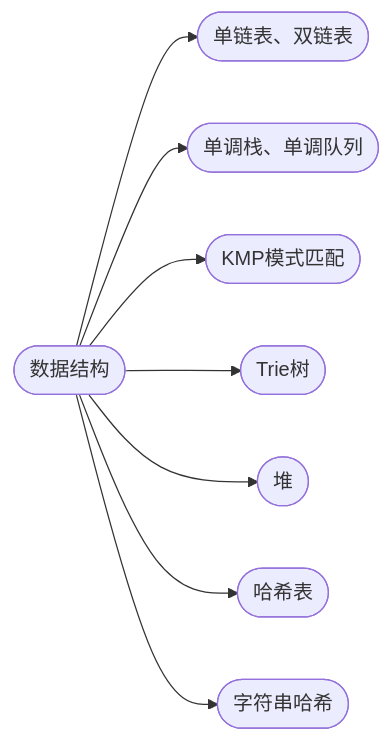
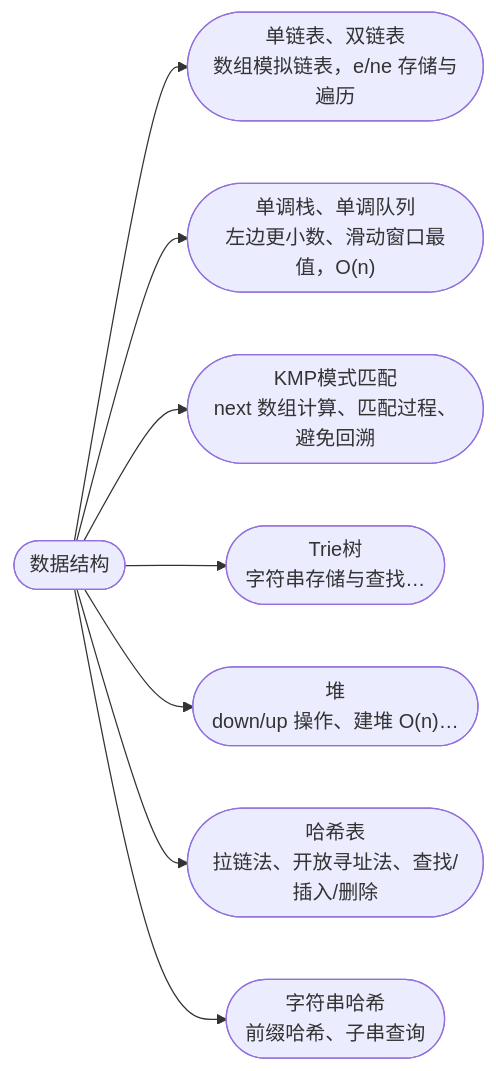
Before and after one commit to cuberxl/Coders-Note: the diagram in 3-数据结构/index.md, drawn with Mermaid. The commit also changed 16 other files, not shown here.

````diff
--- a/3-数据结构/index.md
+++ b/3-数据结构/index.md
@@ -27,11 +27,11 @@
 ```mermaid
 flowchart LR
     R(["数据结构"])
-    R --> N1(["单链表、双链表"])
-    R --> N2(["单调栈、单调队列"])
-    R --> N3(["KMP模式匹配"])
-    R --> N4(["Trie树"])
-    R --> N5(["堆"])
-    R --> N6(["哈希表"])
-    R --> N7(["字符串哈希"])
+    R --> N1(["单链表、双链表<br/>数组模拟链表，e/ne 存储与遍历"])
+    R --> N2(["单调栈、单调队列<br/>左边更小数、滑动窗口最值，O(n)"])
+    R --> N3(["KMP模式匹配<br/>next 数组计算、匹配过程、避免回溯"])
+    R --> N4(["Trie树<br/>字符串存储与查找…"])
+    R --> N5(["堆<br/>down/up 操作、建堆 O(n)…"])
+    R --> N6(["哈希表<br/>拉链法、开放寻址法、查找/插入/删除"])
+    R --> N7(["字符串哈希<br/>前缀哈希、子串查询"])
 ```
````
